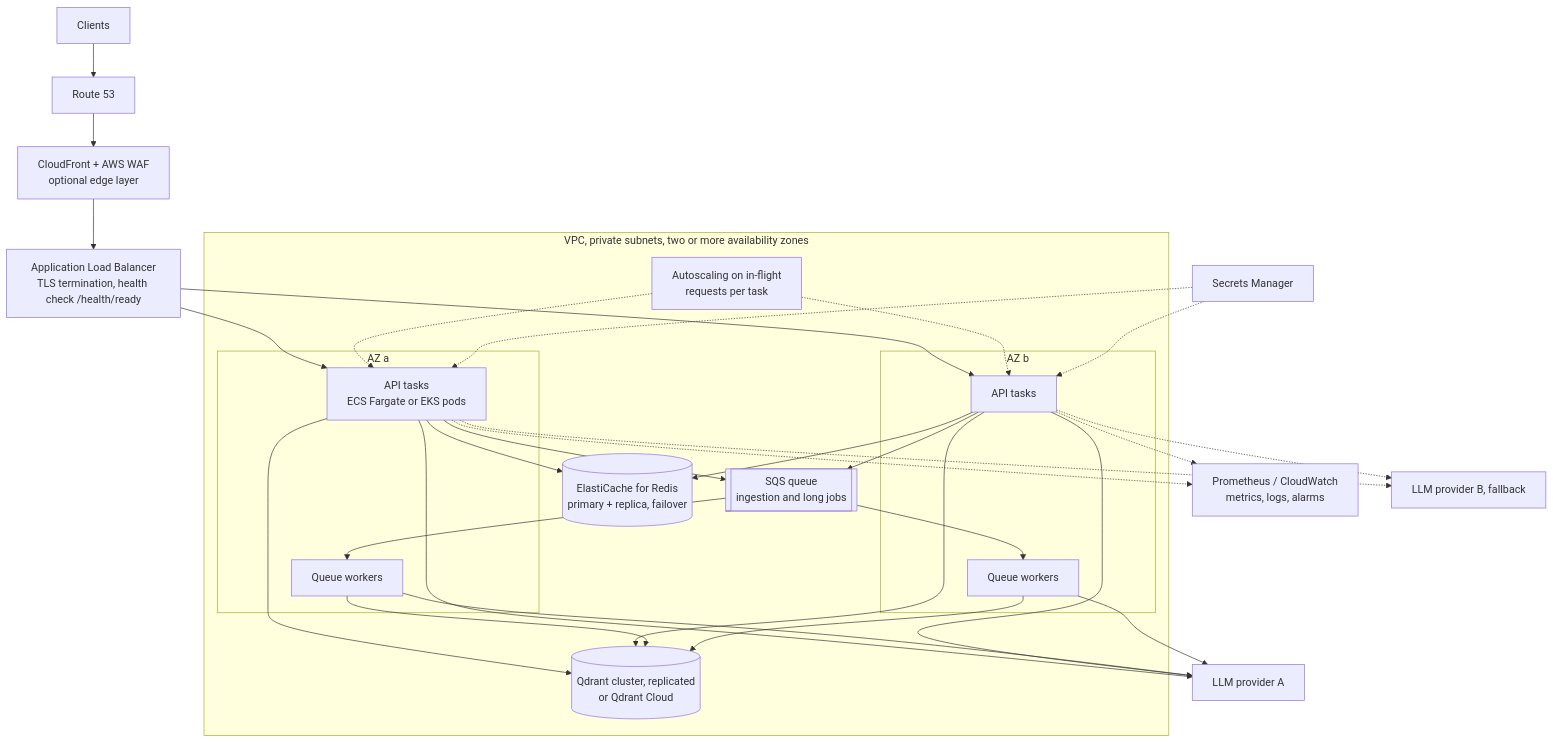
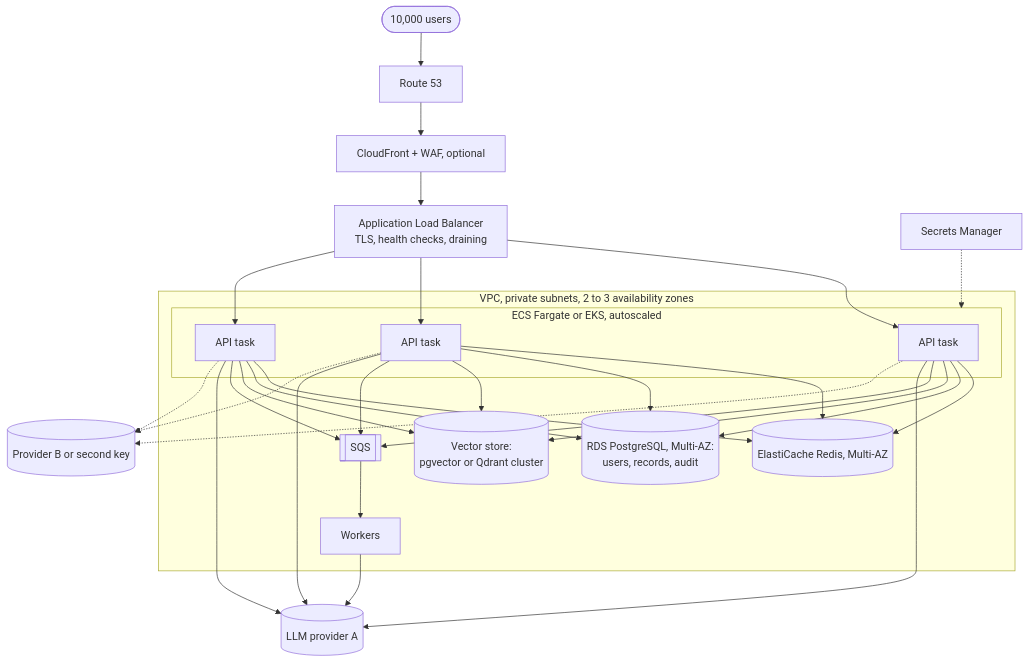
Before and after one commit to PAwan564890/AI_Question_Answer_Platform: the fourth of 4 diagrams in docs/technical-report.md, drawn with Mermaid. The commit also changed other lines of this file and 13 other files, not shown here.

````diff
--- a/docs/technical-report.md
+++ b/docs/technical-report.md
@@ -874,39 +856,22 @@
 ```mermaid
 flowchart TB
-    user[Clients] --> r53[Route 53]
-    r53 --> edge[CloudFront + AWS WAF<br/>optional edge layer]
-    edge --> alb[Application Load Balancer<br/>TLS termination, health check /health/ready]
-
-    subgraph vpc[VPC, private subnets, two or more availability zones]
-        subgraph az1[AZ a]
-            t1[API tasks<br/>ECS Fargate or EKS pods]
-            w1[Queue workers]
+    users([10,000 users]) --> r53[Route 53] --> waf[CloudFront + WAF, optional]
+    waf --> alb[Application Load Balancer<br/>TLS, health checks, draining]
+    subgraph vpc[VPC, private subnets, 2 to 3 availability zones]
+        subgraph svc[ECS Fargate or EKS, autoscaled]
+            t1[API task]
+            t2[API task]
+            t3[API task]
         end
-        subgraph az2[AZ b]
-            t2[API tasks]
-            w2[Queue workers]
-        end
-        asg[Autoscaling on in-flight<br/>requests per task]
-        redis[(ElastiCache for Redis<br/>primary + replica, failover)]
-        qd[(Qdrant cluster, replicated<br/>or Qdrant Cloud)]
-        sqs[[SQS queue<br/>ingestion and long jobs]]
+        redis[(ElastiCache Redis, Multi-AZ)]
+        pg[(RDS PostgreSQL, Multi-AZ:<br/>users, records, audit)]
+        vec[(Vector store:<br/>pgvector or Qdrant cluster)]
+        sqs[[SQS]] --> workers[Workers]
     end
-
-    sm[Secrets Manager]
-    obs[Prometheus / CloudWatch<br/>metrics, logs, alarms]
-    llm1[LLM provider A]
-    llm2[LLM provider B, fallback]
-
-    alb --> t1 & t2
-    asg -.-> t1 & t2
-    t1 & t2 --> redis
-    t1 & t2 --> qd
-    t1 & t2 --> sqs
-    sqs --> w1 & w2
-    w1 & w2 --> qd
-    t1 & t2 --> llm1
-    t1 & t2 -.-> llm2
-    w1 & w2 --> llm1
-    sm -.-> t1 & t2
-    t1 & t2 -.-> obs
+    alb --> t1 & t2 & t3
+    t1 & t2 & t3 --> redis & pg & vec & sqs
+    t1 & t2 & t3 --> p1[(LLM provider A)]
+    t1 & t2 & t3 -.-> p2[(Provider B or second key)]
+    workers --> p1
+    sm[Secrets Manager] -.-> svc
 ```
````
